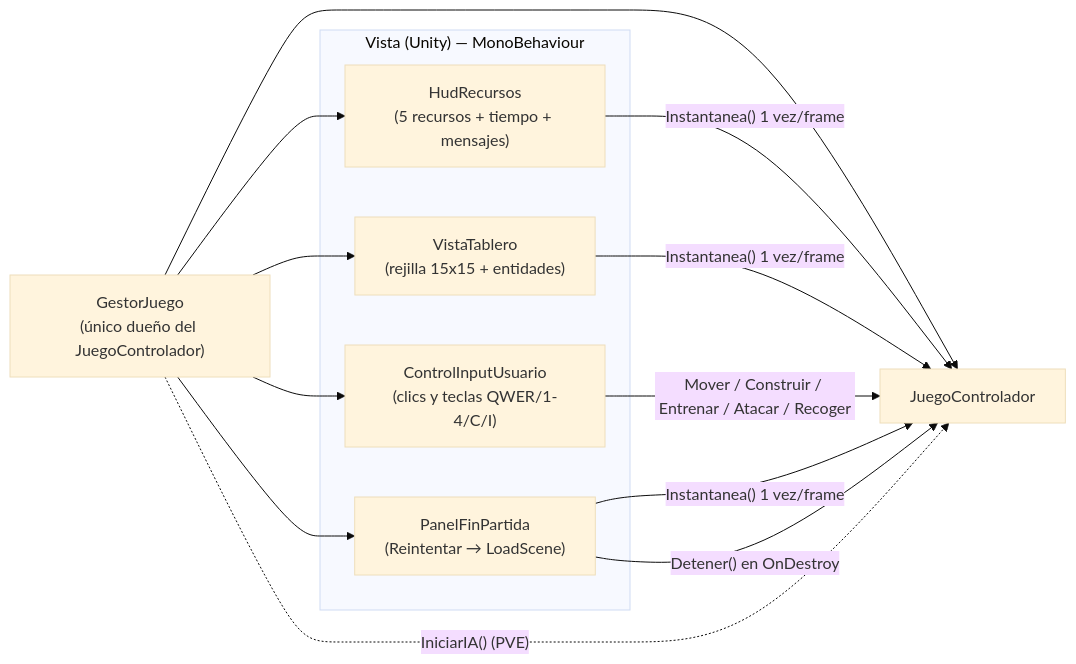
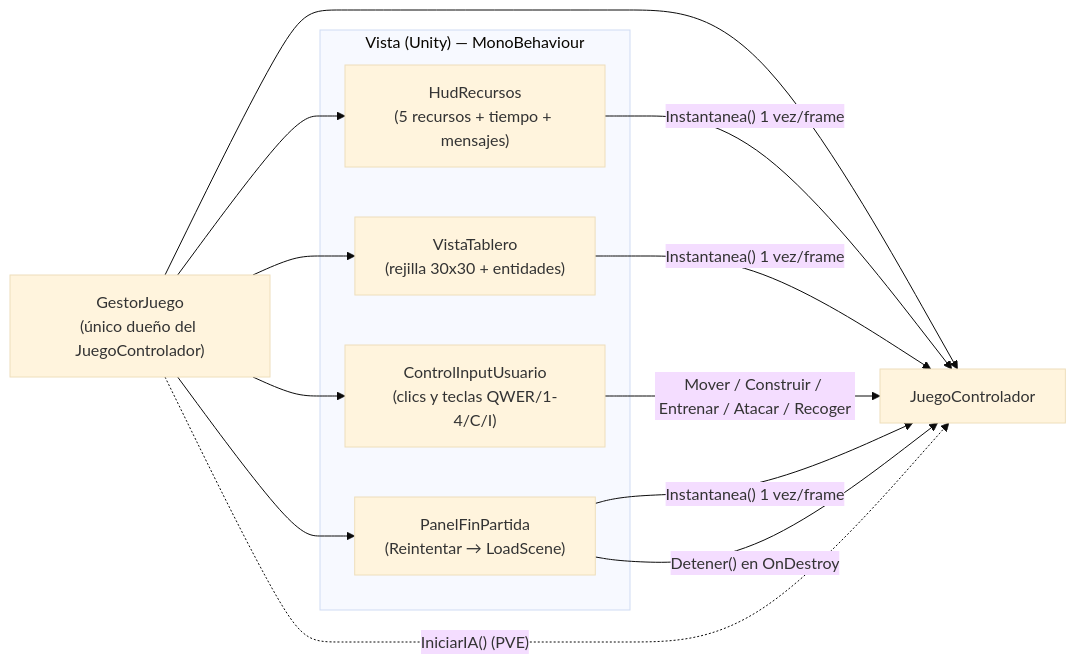
One commit to bardock7238/RTS-Academico changed the tenth of 10 diagrams in DOCUMENTACION.md. Above: the diagram before and after it, drawn with Mermaid (base theme). The commit also changed 15 other files, not shown here.

````diff
--- a/DOCUMENTACION.md
+++ b/DOCUMENTACION.md
@@ -737,15 +737,15 @@
 ```mermaid
 flowchart LR
     GJ["GestorJuego\n(único dueño del JuegoControlador)"] --> JC["JuegoControlador"]
     subgraph VISTA["Vista (Unity) — MonoBehaviour"]
         HUD["HudRecursos\n(5 recursos + tiempo + mensajes)"]
-        TILES["VistaTablero\n(rejilla 15x15 + entidades)"]
+        TILES["VistaTablero\n(rejilla 30x30 + entidades)"]
         IN["ControlInputUsuario\n(clics y teclas QWER/1-4/C/I)"]
         FIN["PanelFinPartida\n(Reintentar → LoadScene)"]
     end
     GJ --> HUD & TILES & IN & FIN
     HUD & TILES & FIN -->|"Instantanea() 1 vez/frame"| JC
     IN -->|"Mover / Construir / Entrenar / Atacar / Recoger "| JC
     FIN -->|"Detener() en OnDestroy"| JC
     GJ -.->|"IniciarIA() (PVE)"| JC
 ```
````
